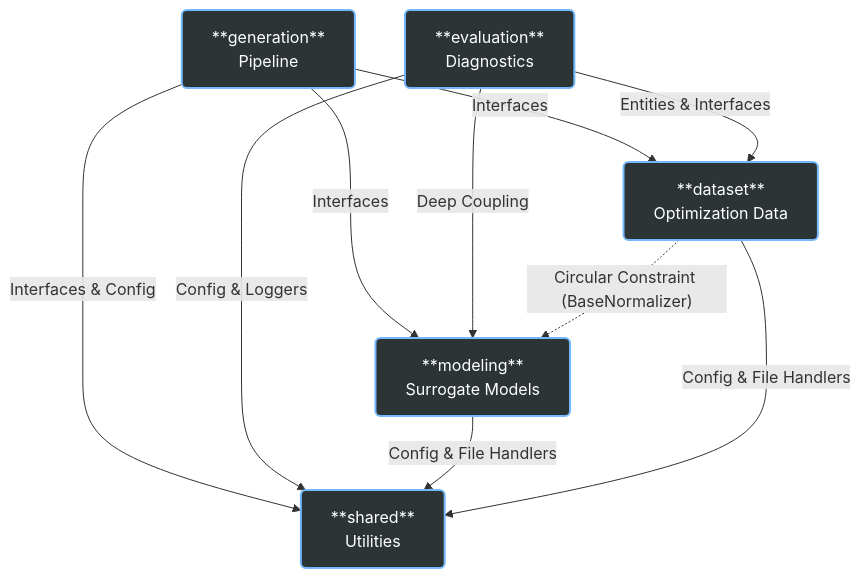
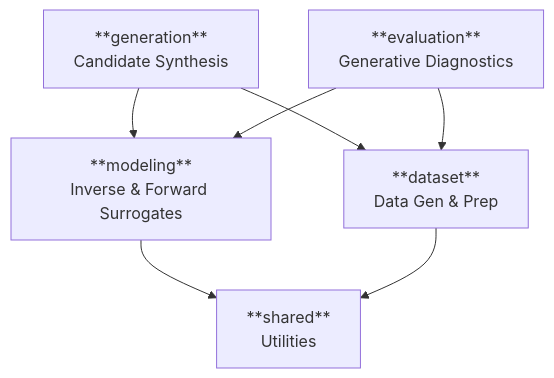
The diagram in backend/docs/architecture/README.md (Nicola-Ibrahim/Tracing-Objectives-Backwards), drawn with Mermaid before and after one commit. The commit also changed other lines of this file and 15 other files, not shown here.

````diff
--- a/backend/docs/architecture/README.md
+++ b/backend/docs/architecture/README.md
@@ -20,28 +11,15 @@
 ```mermaid
-flowchart TD
-    dataset[**dataset**<br/>Optimization Data]
-    modeling[**modeling**<br/>Surrogate Models]
-    evaluation[**evaluation**<br/>Diagnostics]
-    generation[**generation**<br/>Pipeline]
+graph TD
+    dataset[**dataset**<br/>Data Gen & Prep]
+    modeling[**modeling**<br/>Inverse & Forward Surrogates]
+    evaluation[**evaluation**<br/>Generative Diagnostics]
+    generation[**generation**<br/>Candidate Synthesis]
     shared[**shared**<br/>Utilities]
 
-    %% Dependencies
-    generation -->|Interfaces| modeling
-    generation -->|Interfaces| dataset
-    generation -->|Interfaces & Config| shared
-
-    evaluation -->|Deep Coupling| modeling
-    evaluation -->|Entities & Interfaces| dataset
-    evaluation -->|Config & Loggers| shared
-
-    modeling -->|Config & File Handlers| shared
-    
-    dataset -.->|"Circular Constraint (BaseNormalizer)"| modeling
-    dataset -->|Config & File Handlers| shared
-    
-    %% Styling
-    classDef module fill:#2d3436,stroke:#74b9ff,stroke-width:2px,color:#fff,rx:5,ry:5;
-    classDef generic fill:#2d3436,stroke:#636e72,stroke-width:1px,color:#fff,rx:5,ry:5;
-    
-    class dataset,modeling,evaluation,generation,shared module;
+    generation --> modeling
+    generation --> dataset
+    evaluation --> modeling
+    evaluation --> dataset
+    modeling --> shared
+    dataset --> shared
 ```
````
